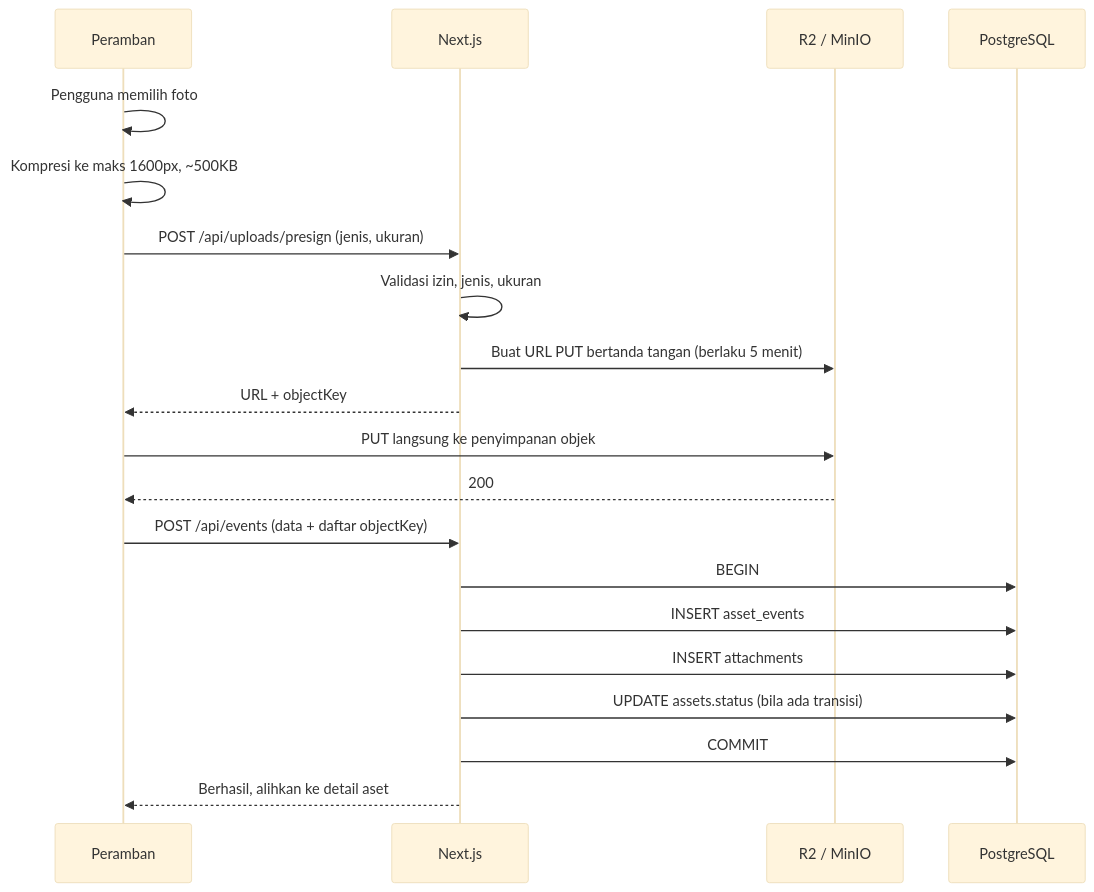
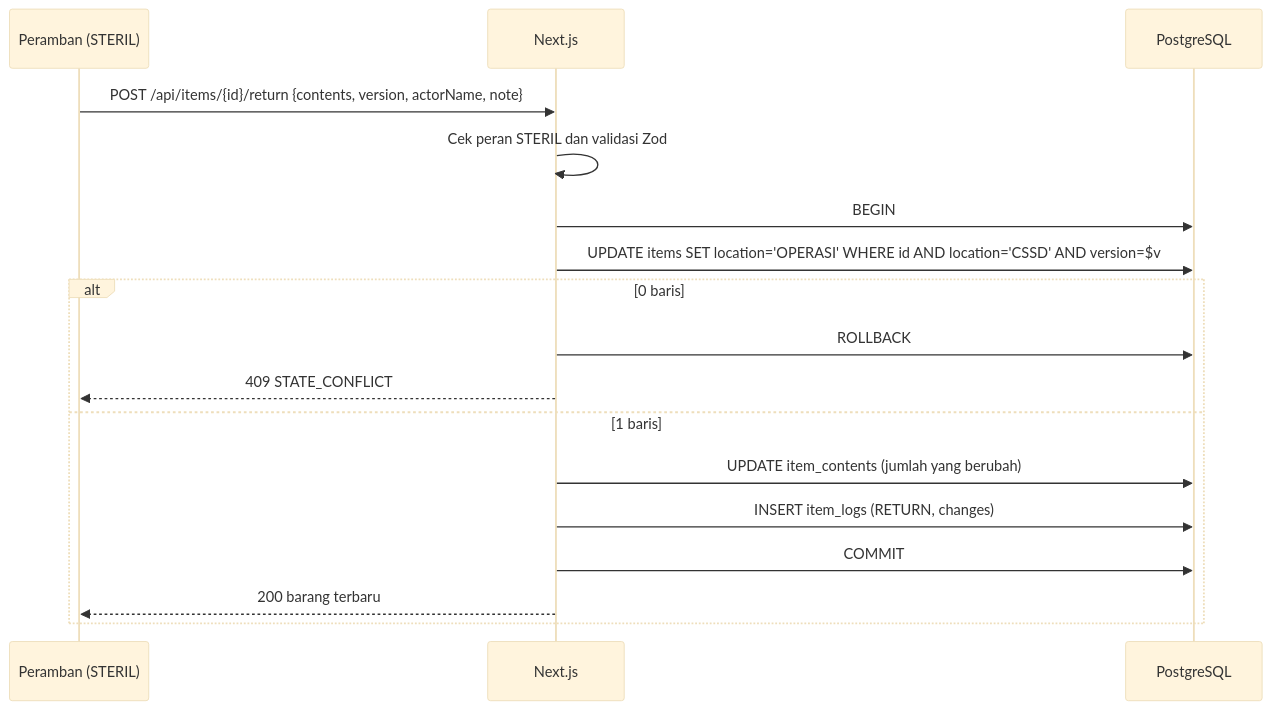
Before and after one commit to mferdinandr/inventory-management: the second of 2 diagrams in docs/04-technical-architecture.md, drawn with Mermaid (base theme). The commit also changed other lines of this file and 1 other file, not shown here.

First line of the commit message:
docs: rewrite schema and architecture (route, ALKES location, user management)

````diff
--- a/docs/04-technical-architecture.md
+++ b/docs/04-technical-architecture.md
@@ -231,23 +108,20 @@
 ```mermaid
 sequenceDiagram
-    participant B as Peramban
+    participant B as Peramban (STERIL)
     participant N as Next.js
-    participant S as R2 / MinIO
     participant DB as PostgreSQL
 
-    B->>B: Pengguna memilih foto
-    B->>B: Kompresi ke maks 1600px, ~500KB
-    B->>N: POST /api/uploads/presign (jenis, ukuran)
-    N->>N: Validasi izin, jenis, ukuran
-    N->>S: Buat URL PUT bertanda tangan (berlaku 5 menit)
-    N-->>B: URL + objectKey
-    B->>S: PUT langsung ke penyimpanan objek
-    S-->>B: 200
-    B->>N: POST /api/events (data + daftar objectKey)
+    B->>N: POST /api/items/{id}/return {contents, version, actorName, note}
+    N->>N: Cek peran STERIL dan validasi Zod
     N->>DB: BEGIN
-    N->>DB: INSERT asset_events
-    N->>DB: INSERT attachments
-    N->>DB: UPDATE assets.status (bila ada transisi)
-    N->>DB: COMMIT
-    N-->>B: Berhasil, alihkan ke detail aset
+    N->>DB: UPDATE items SET location='OPERASI' WHERE id AND location='CSSD' AND version=$v
+    alt 0 baris
+        N->>DB: ROLLBACK
+        N-->>B: 409 STATE_CONFLICT
+    else 1 baris
+        N->>DB: UPDATE item_contents (jumlah yang berubah)
+        N->>DB: INSERT item_logs (RETURN, changes)
+        N->>DB: COMMIT
+        N-->>B: 200 barang terbaru
+    end
 ```
````
